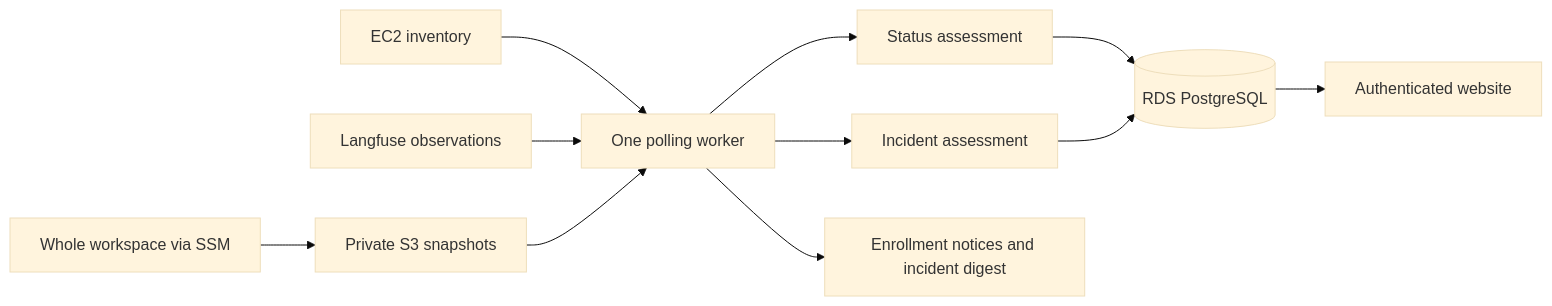
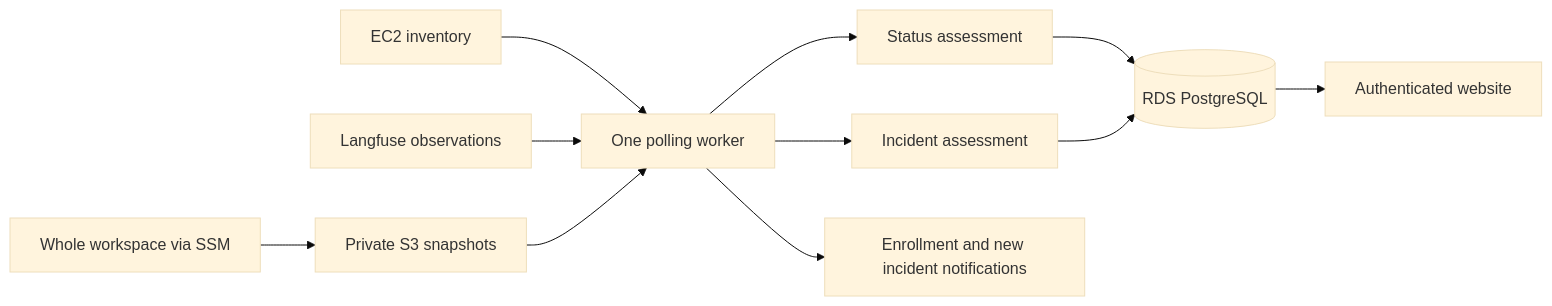
One commit to sage-princeton/crux-in-a-box changed the diagram in src/monitoring/README.md. Above: the diagram before and after it, drawn with Mermaid (base theme). The commit also changed other lines of this file and 15 other files, not shown here.

````diff
--- a/src/monitoring/README.md
+++ b/src/monitoring/README.md
@@ -23,13 +23,13 @@
 ```mermaid
 flowchart LR
   EC2[EC2 inventory] --> Worker[One polling worker]
   Workspace[Whole workspace via SSM] --> S3[Private S3 snapshots]
   Langfuse[Langfuse observations] --> Worker
   S3 --> Worker
   Worker --> Status[Status assessment]
   Worker --> Incidents[Incident assessment]
   Status --> SQL[(RDS PostgreSQL)]
   Incidents --> SQL
   SQL --> Web[Authenticated website]
-  Worker --> Slack[Enrollment notices and incident digest]
+  Worker --> Slack[Enrollment and new incident notifications]
 ```
````
